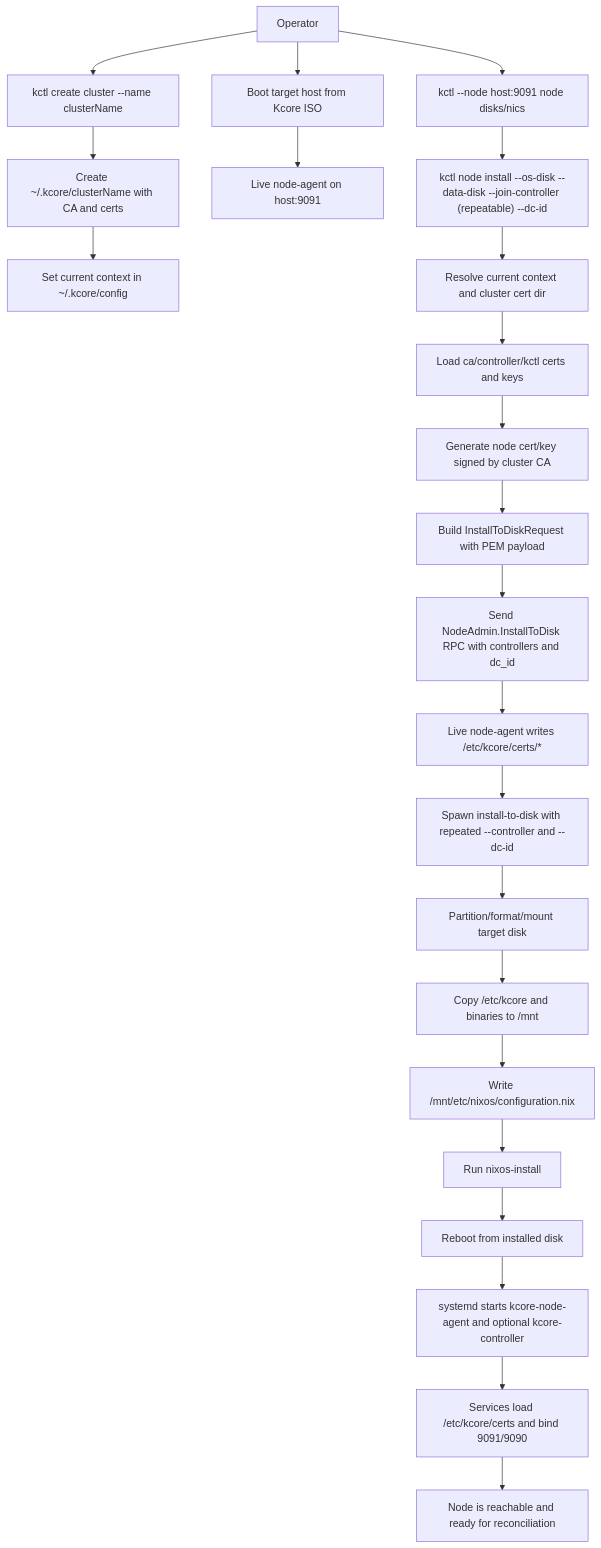
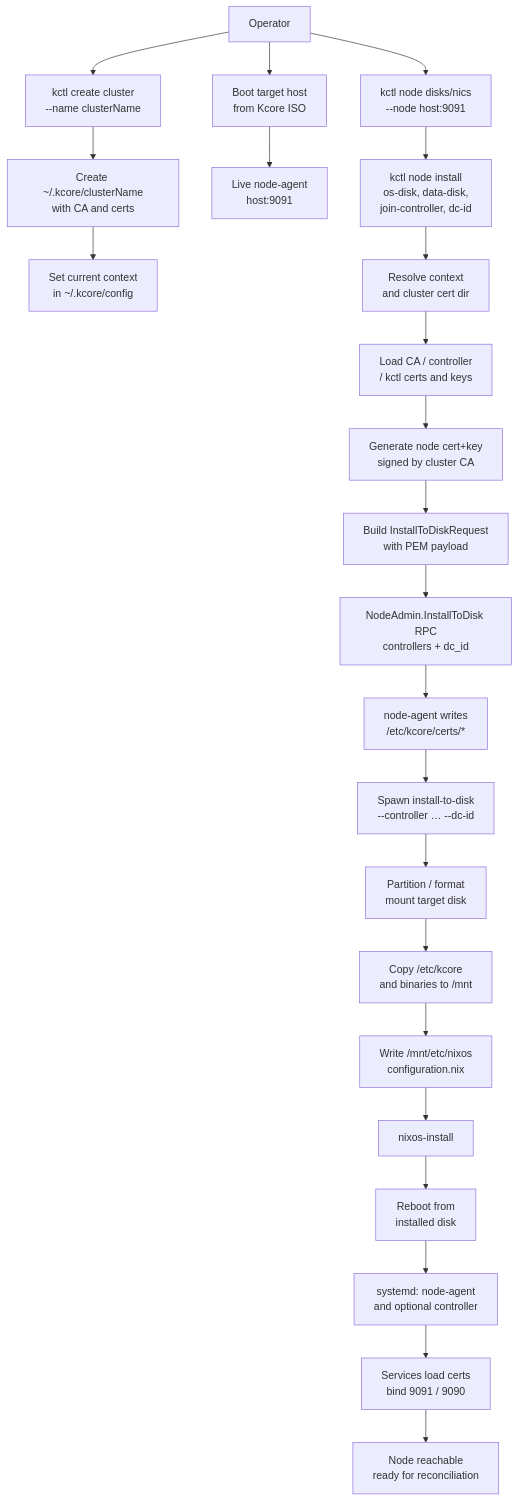
One commit to kcorehypervisor/kcore changed the first of 3 diagrams in docs/node-install-bootstrap-flow.md. Above: the diagram before and after it, drawn with Mermaid. The commit also changed other lines of this file, not shown here.

Commit message:
docs: wrap mermaid install flow labels with line breaks for readable boxes

````diff
--- a/docs/node-install-bootstrap-flow.md
+++ b/docs/node-install-bootstrap-flow.md
@@ -47,30 +47,30 @@
 ```mermaid
 flowchart TD
-  user[Operator] --> createCluster["kctl create cluster --name clusterName"]
-  createCluster --> clusterDir["Create ~/.kcore/clusterName with CA and certs"]
-  clusterDir --> selectCtx["Set current context in ~/.kcore/config"]
+  user[Operator] --> createCluster["kctl create cluster<br/>--name clusterName"]
+  createCluster --> clusterDir["Create ~/.kcore/clusterName<br/>with CA and certs"]
+  clusterDir --> selectCtx["Set current context<br/>in ~/.kcore/config"]
 
-  user --> bootIso["Boot target host from Kcore ISO"]
-  bootIso --> nodeAgentLive["Live node-agent on host:9091"]
+  user --> bootIso["Boot target host<br/>from Kcore ISO"]
+  bootIso --> nodeAgentLive["Live node-agent<br/>host:9091"]
 
-  user --> discover["kctl --node host:9091 node disks/nics"]
-  discover --> installCmd["kctl node install --os-disk --data-disk --join-controller (repeatable) --dc-id"]
+  user --> discover["kctl node disks/nics<br/>--node host:9091"]
+  discover --> installCmd["kctl node install<br/>os-disk, data-disk,<br/>join-controller, dc-id"]
 
-  installCmd --> loadCtx["Resolve current context and cluster cert dir"]
-  loadCtx --> loadClusterPki["Load ca/controller/kctl certs and keys"]
-  loadClusterPki --> genNodeCert["Generate node cert/key signed by cluster CA"]
-  genNodeCert --> buildReq["Build InstallToDiskRequest with PEM payload"]
-  buildReq --> sendRpc["Send NodeAdmin.InstallToDisk RPC with controllers and dc_id"]
+  installCmd --> loadCtx["Resolve context<br/>and cluster cert dir"]
+  loadCtx --> loadClusterPki["Load CA / controller<br/>/ kctl certs and keys"]
+  loadClusterPki --> genNodeCert["Generate node cert+key<br/>signed by cluster CA"]
+  genNodeCert --> buildReq["Build InstallToDiskRequest<br/>with PEM payload"]
+  buildReq --> sendRpc["NodeAdmin.InstallToDisk RPC<br/>controllers + dc_id"]
 
-  sendRpc --> writeBootstrap["Live node-agent writes /etc/kcore/certs/*"]
-  writeBootstrap --> runInstaller["Spawn install-to-disk with repeated --controller and --dc-id"]
-  runInstaller --> partitionDisk["Partition/format/mount target disk"]
-  partitionDisk --> copyKcore["Copy /etc/kcore and binaries to /mnt"]
-  copyKcore --> writeNixos["Write /mnt/etc/nixos/configuration.nix"]
-  writeNixos --> nixosInstall["Run nixos-install"]
-  nixosInstall --> rebootHost["Reboot from installed disk"]
+  sendRpc --> writeBootstrap["node-agent writes<br/>/etc/kcore/certs/*"]
+  writeBootstrap --> runInstaller["Spawn install-to-disk<br/>--controller … --dc-id"]
+  runInstaller --> partitionDisk["Partition / format<br/>mount target disk"]
+  partitionDisk --> copyKcore["Copy /etc/kcore<br/>and binaries to /mnt"]
+  copyKcore --> writeNixos["Write /mnt/etc/nixos<br/>configuration.nix"]
+  writeNixos --> nixosInstall["nixos-install"]
+  nixosInstall --> rebootHost["Reboot from<br/>installed disk"]
 
-  rebootHost --> startServices["systemd starts kcore-node-agent and optional kcore-controller"]
-  startServices --> tlsReady["Services load /etc/kcore/certs and bind 9091/9090"]
-  tlsReady --> healthy["Node is reachable and ready for reconciliation"]
+  rebootHost --> startServices["systemd: node-agent<br/>and optional controller"]
+  startServices --> tlsReady["Services load certs<br/>bind 9091 / 9090"]
+  tlsReady --> healthy["Node reachable<br/>ready for reconciliation"]
 ```
````
